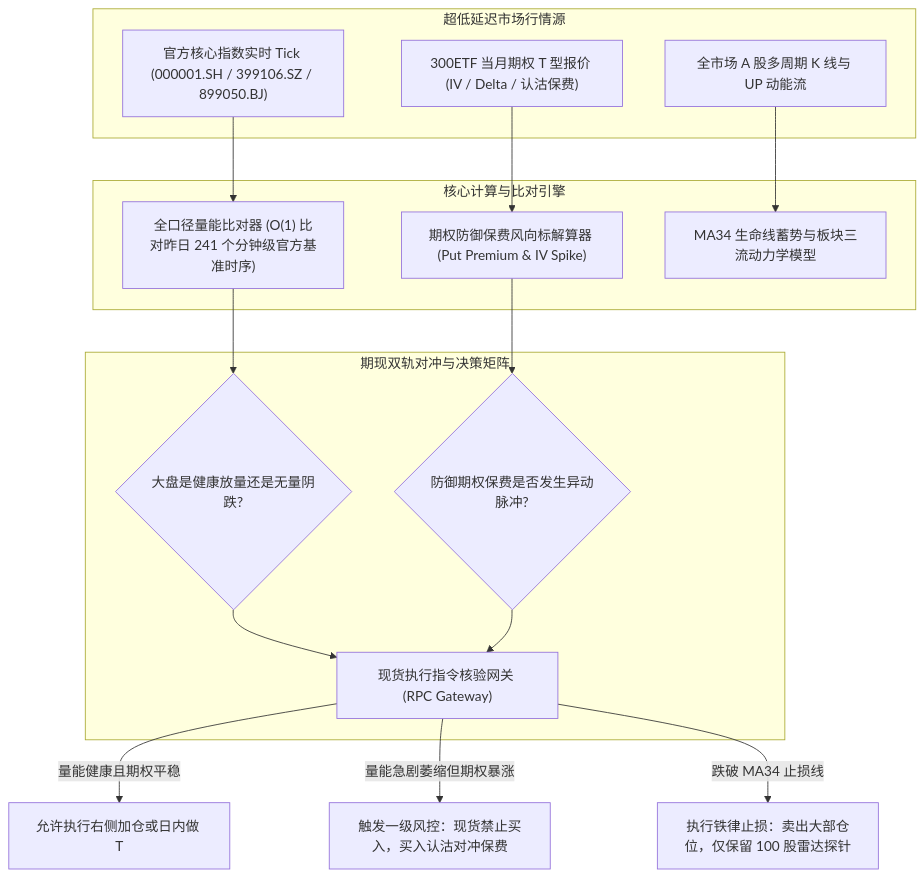
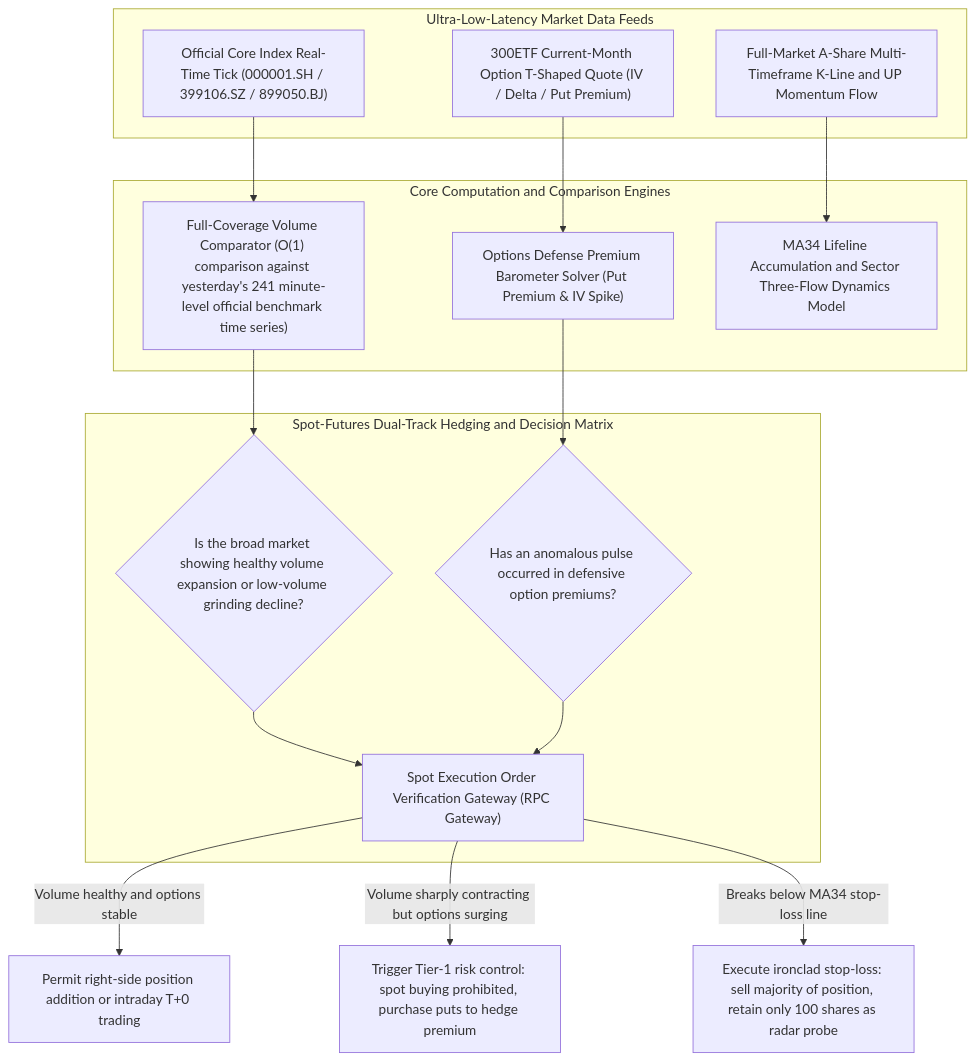
The diagram in 04_realtime_systems/19_spot_futures_hedging_risk_control_engine.md (cky9/portfolio), drawn with Mermaid before and after one commit. The commit also changed other lines of this file and 69 other files, not shown here.

Commit message:
feat(i18n): fully translate all 21 architecture specifications and 14 demo READMEs to native English with bilingual mirrors

````diff
--- a/04_realtime_systems/19_spot_futures_hedging_risk_control_engine.md
+++ b/04_realtime_systems/19_spot_futures_hedging_risk_control_engine.md
@@ -21,33 +23,33 @@
 ```mermaid
 flowchart TD
-    subgraph DataFeeds["超低延迟市场行情源"]
-        I1["官方核心指数实时 Tick (000001.SH / 399106.SZ / 899050.BJ)"]
-        O1["300ETF 当月期权 T 型报价 (IV / Delta / 认沽保费)"]
-        S1["全市场 A 股多周期 K 线与 UP 动能流"]
+    subgraph DataFeeds["Ultra-Low-Latency Market Data Feeds"]
+        I1["Official Core Index Real-Time Tick (000001.SH / 399106.SZ / 899050.BJ)"]
+        O1["300ETF Current-Month Option T-Shaped Quote (IV / Delta / Put Premium)"]
+        S1["Full-Market A-Share Multi-Timeframe K-Line and UP Momentum Flow"]
     end
 
-    subgraph Engines["核心计算与比对引擎"]
-        M1["全口径量能比对器 (O(1) 比对昨日 241 个分钟级官方基准时序)"]
-        M2["期权防御保费风向标解算器 (Put Premium & IV Spike)"]
-        M3["MA34 生命线蓄势与板块三流动力学模型"]
+    subgraph Engines["Core Computation and Comparison Engines"]
+        M1["Full-Coverage Volume Comparator (O(1) comparison against yesterday's 241 minute-level official benchmark time series)"]
+        M2["Options Defense Premium Barometer Solver (Put Premium & IV Spike)"]
+        M3["MA34 Lifeline Accumulation and Sector Three-Flow Dynamics Model"]
     end
 
-    subgraph DecisionMatrix["期现双轨对冲与决策矩阵"]
-        D1{"大盘是健康放量还是无量阴跌?"}
-        D2{"防御期权保费是否发生异动脉冲?"}
-        D3["现货执行指令核验网关 (RPC Gateway)"]
+    subgraph DecisionMatrix["Spot-Futures Dual-Track Hedging and Decision Matrix"]
+        D1{"Is the broad market showing healthy volume expansion or low-volume grinding decline?"}
+        D2{"Has an anomalous pulse occurred in defensive option premiums?"}
+        D3["Spot Execution Order Verification Gateway (RPC Gateway)"]
     end
 
     I1 --> M1
     O1 --> M2
     S1 --> M3
 
     M1 --> D1
     M2 --> D2
 
     D1 & D2 --> D3
     
-    D3 -- "量能健康且期权平稳" --> R1["允许执行右侧加仓或日内做 T"]
-    D3 -- "量能急剧萎缩但期权暴涨" --> R2["触发一级风控：现货禁止买入，买入认沽对冲保费"]
-    D3 -- "跌破 MA34 止损线" --> R3["执行铁律止损：卖出大部仓位，仅保留 100 股雷达探针"]
+    D3 -- "Volume healthy and options stable" --> R1["Permit right-side position addition or intraday T+0 trading"]
+    D3 -- "Volume sharply contracting but options surging" --> R2["Trigger Tier-1 risk control: spot buying prohibited, purchase puts to hedge premium"]
+    D3 -- "Breaks below MA34 stop-loss line" --> R3["Execute ironclad stop-loss: sell majority of position, retain only 100 shares as radar probe"]
 ```
````
